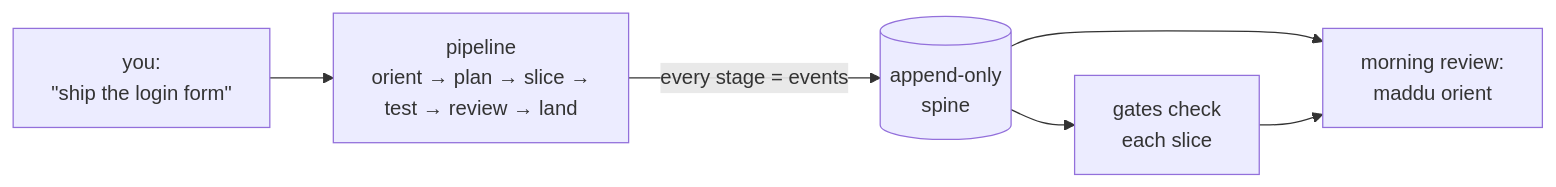
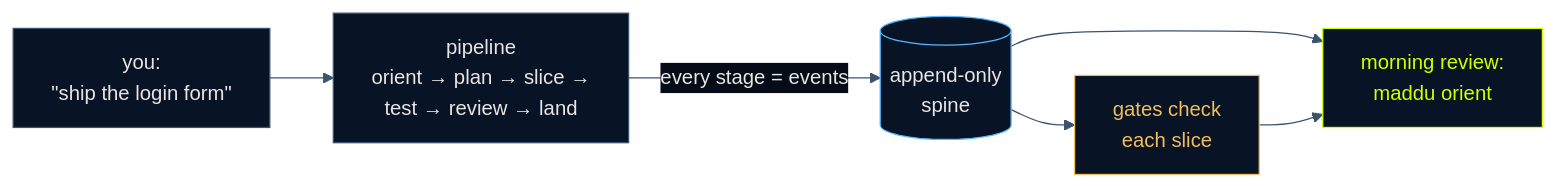
Before and after one commit to frdyx/maddu: the second of 6 diagrams in README.md, drawn with Mermaid. The commit also changed other lines of this file, not shown here.

First line of the commit message:
docs(readme): navy-noir brand tokens on the use-case diagrams

````diff
--- a/README.md
+++ b/README.md
@@ -178,8 +185,15 @@
 ```mermaid
+%%{init: {"theme":"base","themeVariables":{"fontFamily":"IBM Plex Sans, Segoe UI, sans-serif","mainBkg":"#081426","nodeBorder":"#3A5470","lineColor":"#3A5470","textColor":"#E8E6E3","primaryTextColor":"#E8E6E3","edgeLabelBackground":"#050B17"}}}%%
 flowchart LR
     Y["you:<br/>&quot;ship the login form&quot;"] --> P["pipeline<br/>orient → plan → slice →<br/>test → review → land"]
     P -->|"every stage = events"| S[("append-only<br/>spine")]
     S --> G["gates check<br/>each slice"]
     S --> M["morning review:<br/>maddu orient"]
     G --> M
+    classDef spine fill:#081426,stroke:#56B8FF,color:#E8E6E3
+    classDef good fill:#081426,stroke:#D0FF00,color:#D0FF00
+    classDef warn fill:#081426,stroke:#F2BD5C,color:#F2BD5C
+    class S spine
+    class G warn
+    class M good
 ```
````
